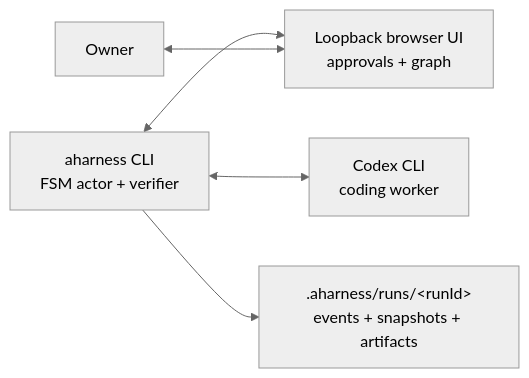
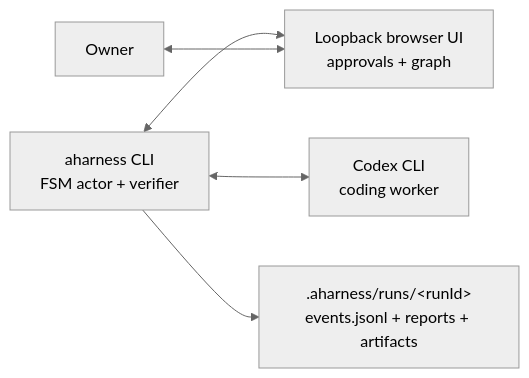
One commit to Alfredvc/aharness changed the diagram in README.md. Above: the diagram before and after it, drawn with Mermaid (neutral theme). The commit also changed other lines of this file and 41 other files, not shown here.

Commit message:
Complete JSONL run events cutover

````diff
--- a/README.md
+++ b/README.md
@@ -274,13 +276,13 @@
 ```mermaid
 flowchart LR
     Owner["Owner"]
     Codex["Codex CLI<br/>coding worker"]
     aharness["aharness CLI<br/>FSM actor + verifier"]
     Browser["Loopback browser UI<br/>approvals + graph"]
-    Runs[".aharness/runs/&lt;runId&gt;<br/>events + snapshots + artifacts"]
+    Runs[".aharness/runs/&lt;runId&gt;<br/>events.jsonl + reports + artifacts"]
 
     aharness <--> Codex
     aharness <--> Browser
     Owner <--> Browser
     aharness --> Runs
 ```
````
